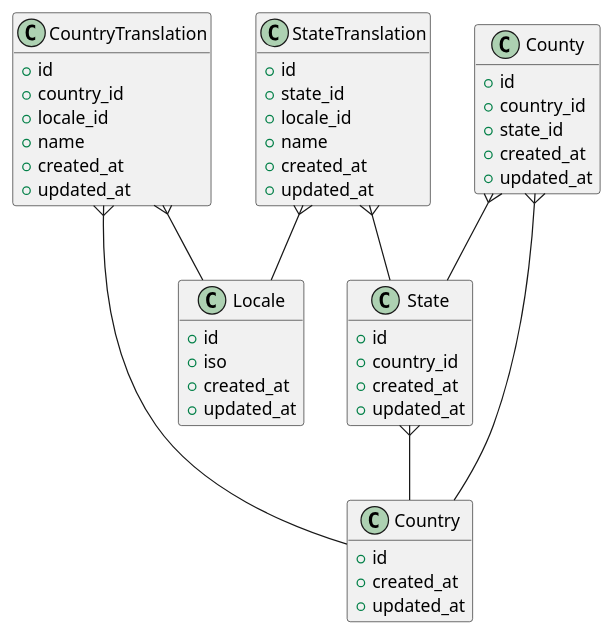
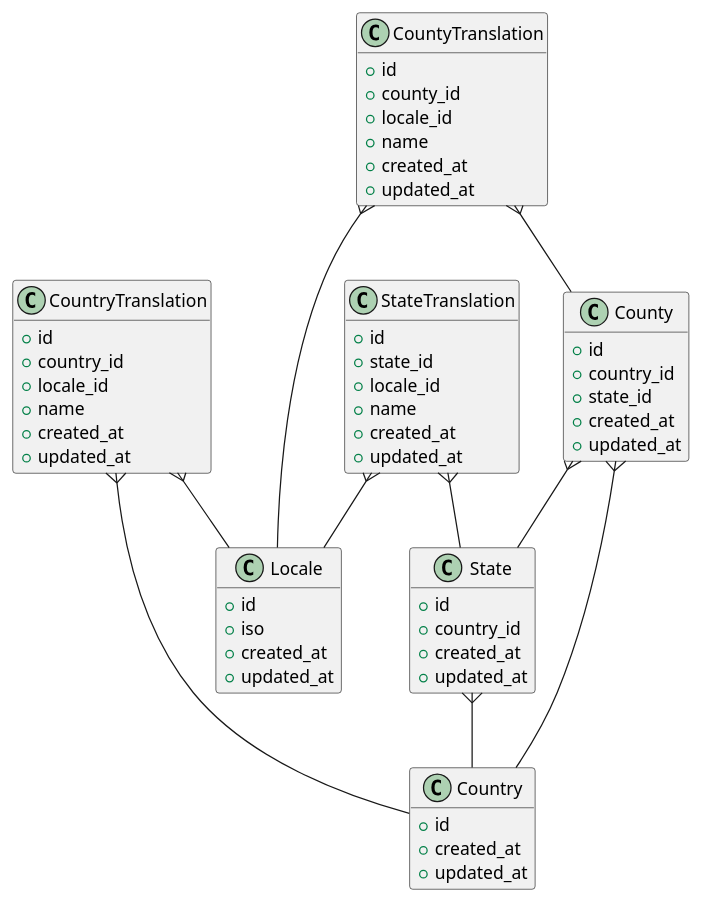
Before and after one commit to Corona-vor-Ort/corona-vor-ort-api: the diagram in docs/db.puml, drawn with PlantUML. The commit also changed 5 other files, not shown here.

First line of the commit message:
Add county translation entity

```diff
--- a/docs/db.puml
+++ b/docs/db.puml
@@ -1,63 +1,75 @@
 @startuml
 
 hide empty fields
 hide empty methods
 
 class Locale {
     + id
     + iso
     + created_at
     + updated_at
 }
 
 class Country {
     + id
     + created_at
     + updated_at
 }
 
 class CountryTranslation {
     + id
     + country_id
     + locale_id
     + name
     + created_at
     + updated_at
 }
 
 CountryTranslation }-- Country
 CountryTranslation }-- Locale
 
 class State {
     + id
     + country_id
     + created_at
     + updated_at
 }
 
 State }-- Country
 
 class StateTranslation {
     + id
     + state_id
     + locale_id
     + name
     + created_at
     + updated_at
 }
 
 StateTranslation }-- State
 StateTranslation }-- Locale
 
 class County {
     + id
     + country_id
     + state_id
     + created_at
     + updated_at
 }
 
 County }-- Country
 County }-- State
 
+class CountyTranslation {
+    + id
+    + county_id
+    + locale_id
+    + name
+    + created_at
+    + updated_at
+}
+
+CountyTranslation }-- County
+CountyTranslation }-- Locale
+
 @enduml
```
